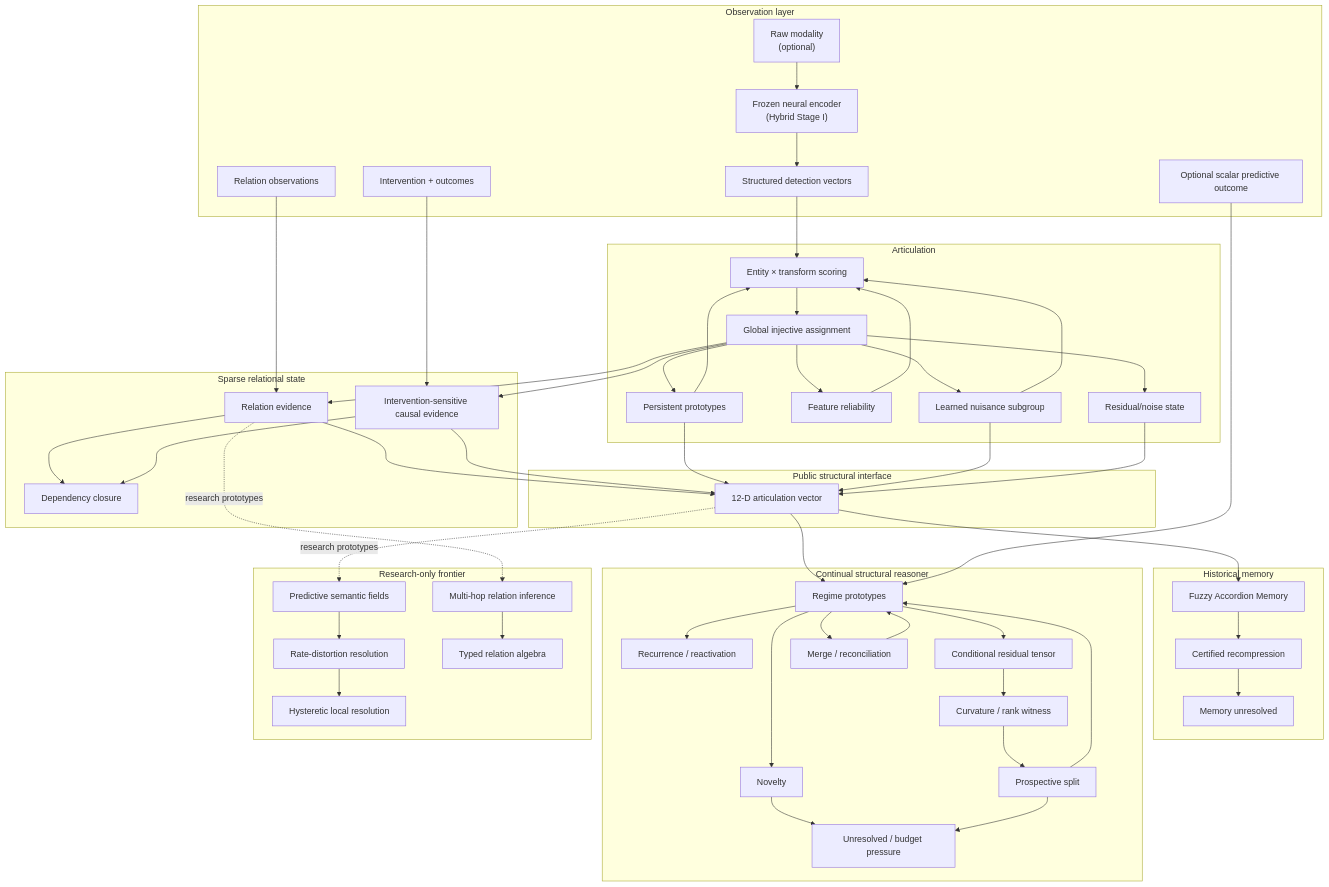
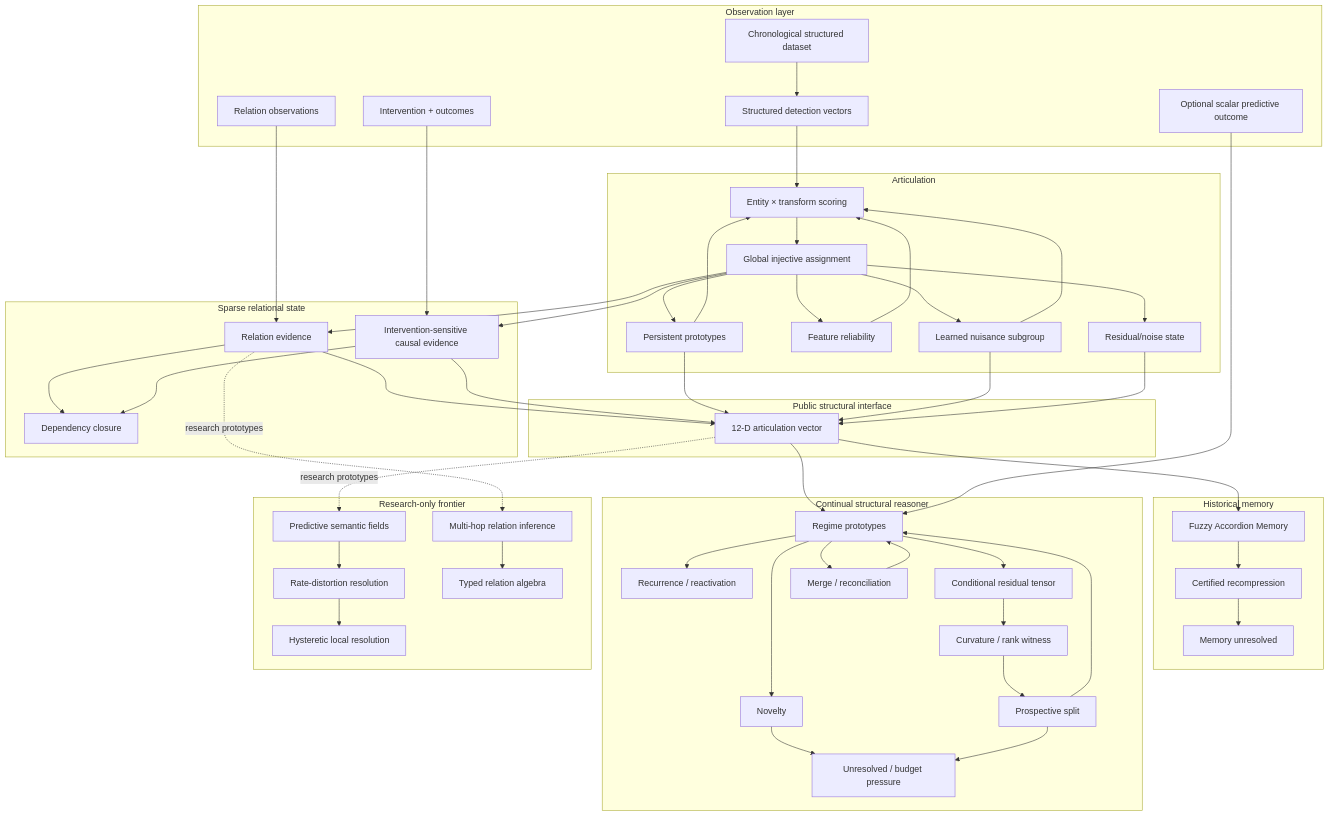
Before and after one commit to ordinaly/cortex: diagram 15 of 15 in docs/ARCHITECTURE.md, drawn with Mermaid. The commit also changed other lines of this file, not shown here.

Commit message:
Refocus architecture on autonomous Cortex and LPU

````diff
--- a/docs/ARCHITECTURE.md
+++ b/docs/ARCHITECTURE.md
@@ -1876,14 +1838,13 @@
 ```mermaid
 flowchart TB
     subgraph Input["Observation layer"]
-        RAW["Raw modality<br/>(optional)"]
-        NN["Frozen neural encoder<br/>(Hybrid Stage I)"]
+        DATA["Chronological structured dataset"]
         DET["Structured detection vectors"]
         REL["Relation observations"]
         INT["Intervention + outcomes"]
         Y["Optional scalar predictive outcome"]
 
-        RAW --> NN --> DET
+        DATA --> DET
     end
 
     subgraph Art["Articulation"]
````
